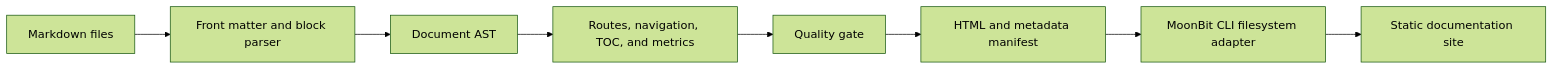
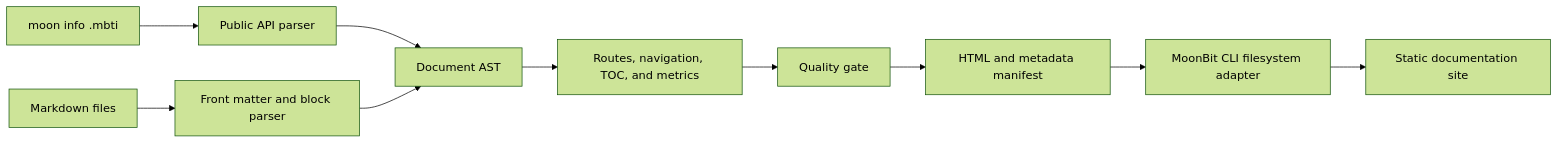
One commit to Estrella-11/moonbit_1 changed the diagram in docs/architecture.md. Above: the diagram before and after it, drawn with Mermaid (forest theme). The commit also changed other lines of this file and 25 other files, not shown here.

Commit message:
Generate API documentation from MoonBit interfaces

````diff
--- a/docs/architecture.md
+++ b/docs/architecture.md
@@ -5,10 +5,12 @@
 ```mermaid
 flowchart LR
   A["Markdown files"] --> B["Front matter and block parser"]
+  I["moon info .mbti"] --> J["Public API parser"]
+  J --> C
   B --> C["Document AST"]
   C --> D["Routes, navigation, TOC, and metrics"]
   D --> E["Quality gate"]
   E --> F["HTML and metadata manifest"]
   F --> G["MoonBit CLI filesystem adapter"]
   G --> H["Static documentation site"]
 ```
````
